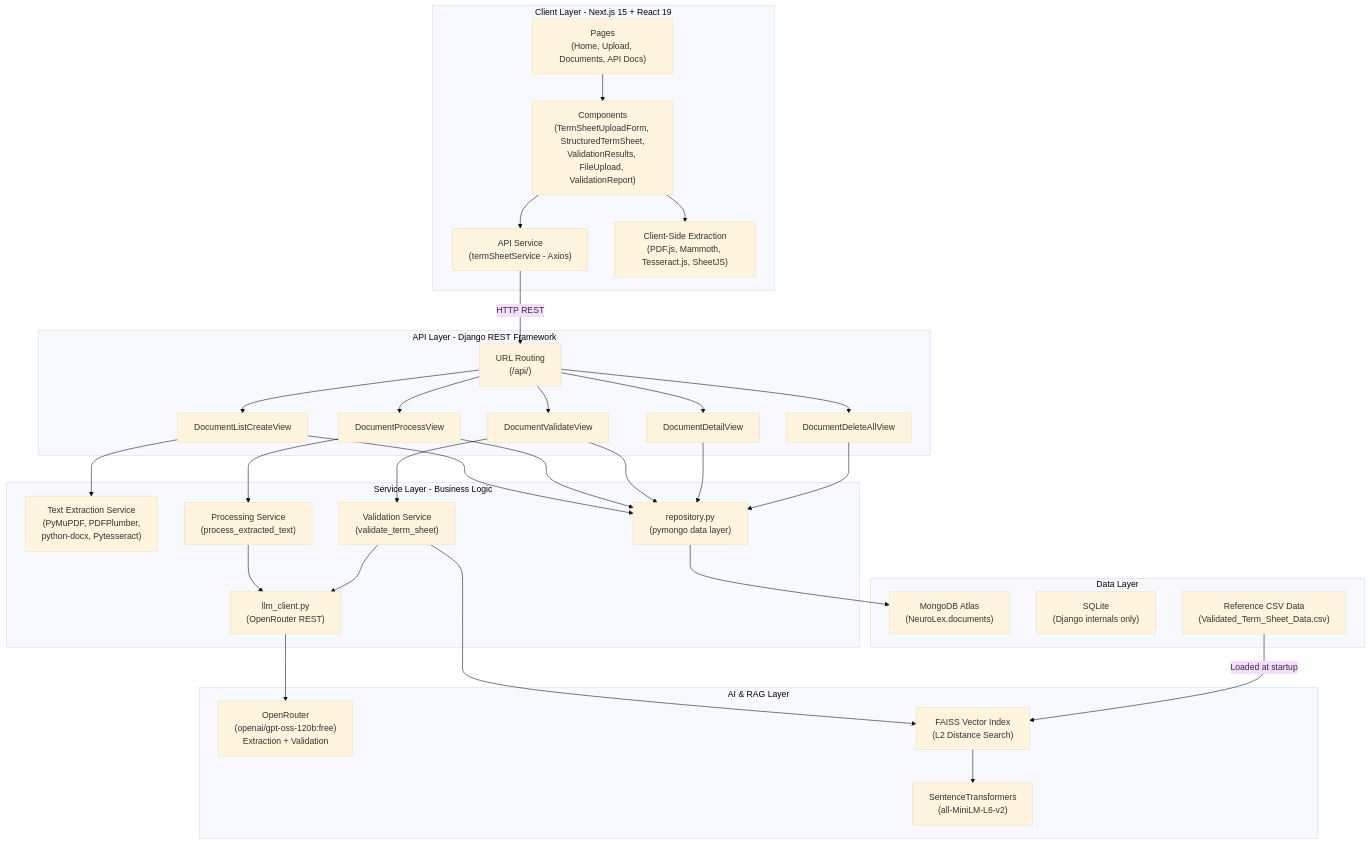
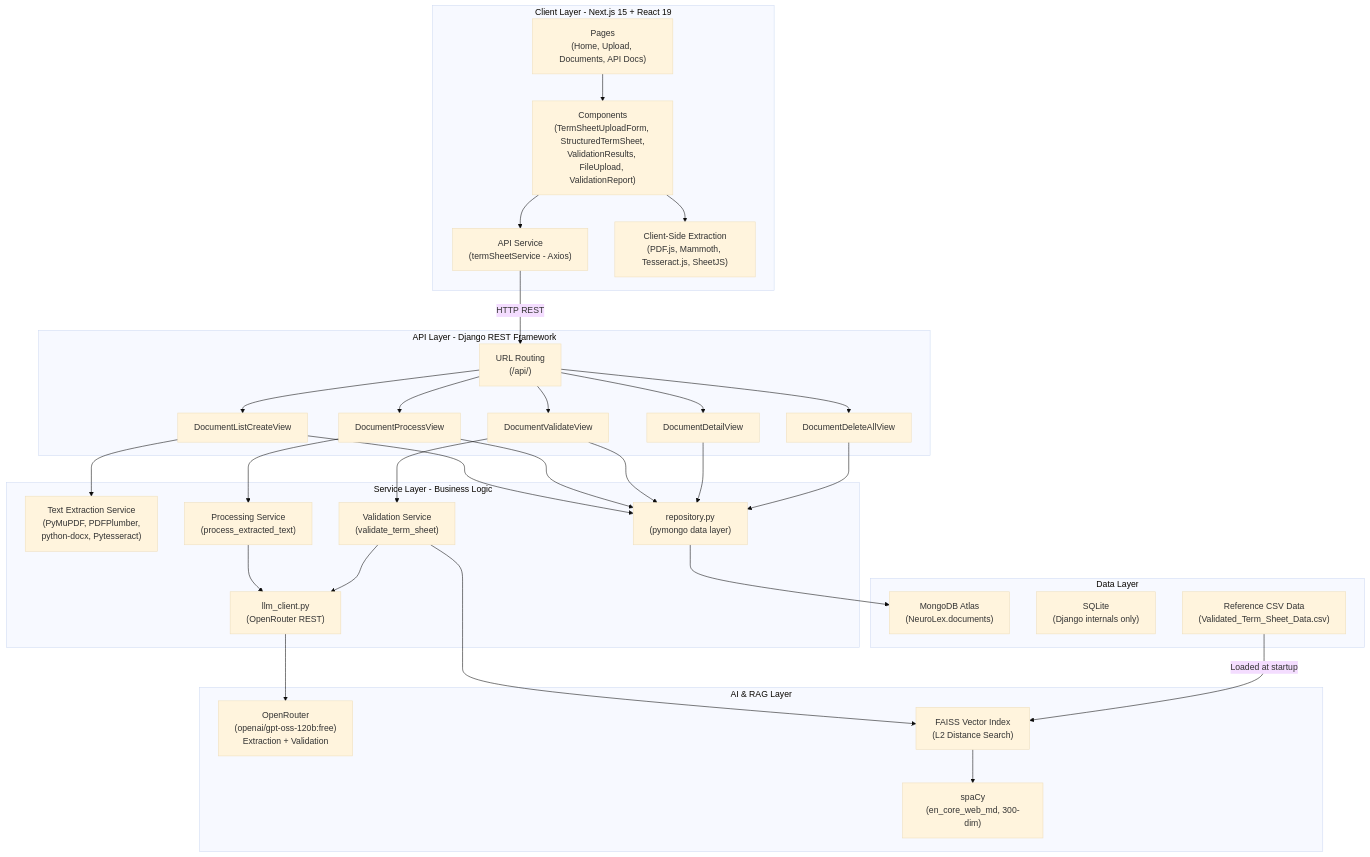
Before and after one commit to Atharva-Dhavale/NeuroLex: the third of 5 diagrams in DOCUMENTATION.md, drawn with Mermaid (base theme). The commit also changed other lines of this file and 7 other files, not shown here.

First line of the commit message:
refactor: replace sentence-transformers with spaCy to reduce Docker image size

````diff
--- a/DOCUMENTATION.md
+++ b/DOCUMENTATION.md
@@ -588,63 +592,63 @@
 ```mermaid
 graph TB
     subgraph "Client Layer - Next.js 15 + React 19"
         UI["Pages<br/>(Home, Upload, Documents, API Docs)"]
         COMP["Components<br/>(TermSheetUploadForm, StructuredTermSheet,<br/>ValidationResults, FileUpload, ValidationReport)"]
         SVC["API Service<br/>(termSheetService - Axios)"]
         EXTRACT["Client-Side Extraction<br/>(PDF.js, Mammoth, Tesseract.js, SheetJS)"]
     end
 
     subgraph "API Layer - Django REST Framework"
         URLS["URL Routing<br/>(/api/)"]
         LCV["DocumentListCreateView"]
         DV["DocumentDetailView"]
         PV["DocumentProcessView"]
         VV["DocumentValidateView"]
         DAV["DocumentDeleteAllView"]
     end
 
     subgraph "Service Layer - Business Logic"
         TES["Text Extraction Service<br/>(PyMuPDF, PDFPlumber,<br/>python-docx, Pytesseract)"]
         PES["Processing Service<br/>(process_extracted_text)"]
         VES["Validation Service<br/>(validate_term_sheet)"]
         MONGO["repository.py<br/>(pymongo data layer)"]
         LLM["llm_client.py<br/>(OpenRouter REST)"]
     end
 
     subgraph "AI & RAG Layer"
         OR["OpenRouter<br/>(openai/gpt-oss-120b:free)<br/>Extraction + Validation"]
-        EMBED["SentenceTransformers<br/>(all-MiniLM-L6-v2)"]
+        EMBED["spaCy<br/>(en_core_web_md, 300-dim)"]
         FAISS["FAISS Vector Index<br/>(L2 Distance Search)"]
     end
 
     subgraph "Data Layer"
         ATLAS["MongoDB Atlas<br/>(NeuroLex.documents)"]
         SQLITE["SQLite<br/>(Django internals only)"]
         CSV["Reference CSV Data<br/>(Validated_Term_Sheet_Data.csv)"]
     end
 
     UI --> COMP
     COMP --> SVC
     COMP --> EXTRACT
     SVC --> |"HTTP REST"| URLS
     URLS --> LCV
     URLS --> DV
     URLS --> PV
     URLS --> VV
     URLS --> DAV
     LCV --> TES
     LCV --> MONGO
     PV --> PES
     PV --> MONGO
     VV --> VES
     VV --> MONGO
     DV --> MONGO
     DAV --> MONGO
     PES --> LLM
     VES --> FAISS
     VES --> LLM
     LLM --> OR
     FAISS --> EMBED
     CSV --> |"Loaded at startup"| FAISS
     MONGO --> ATLAS
 ```
````
